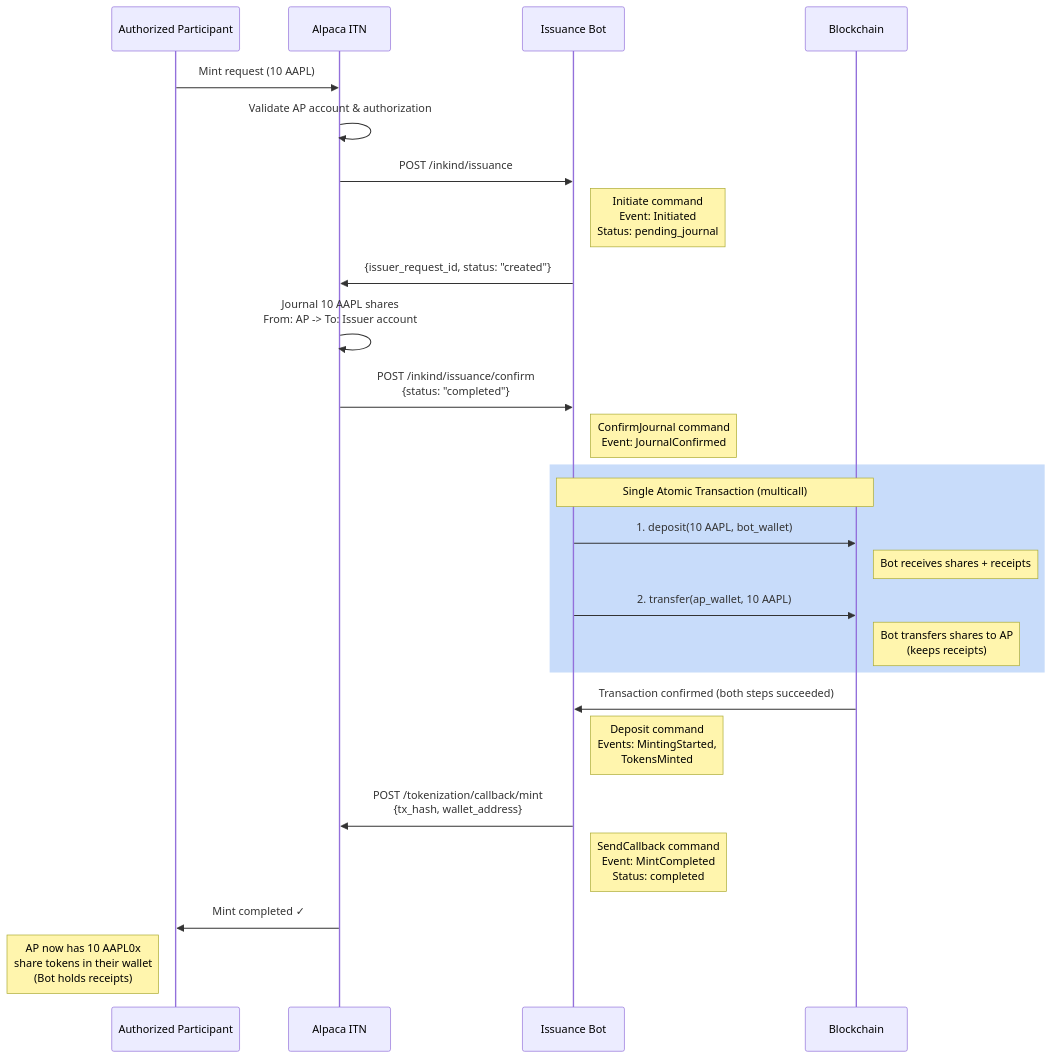
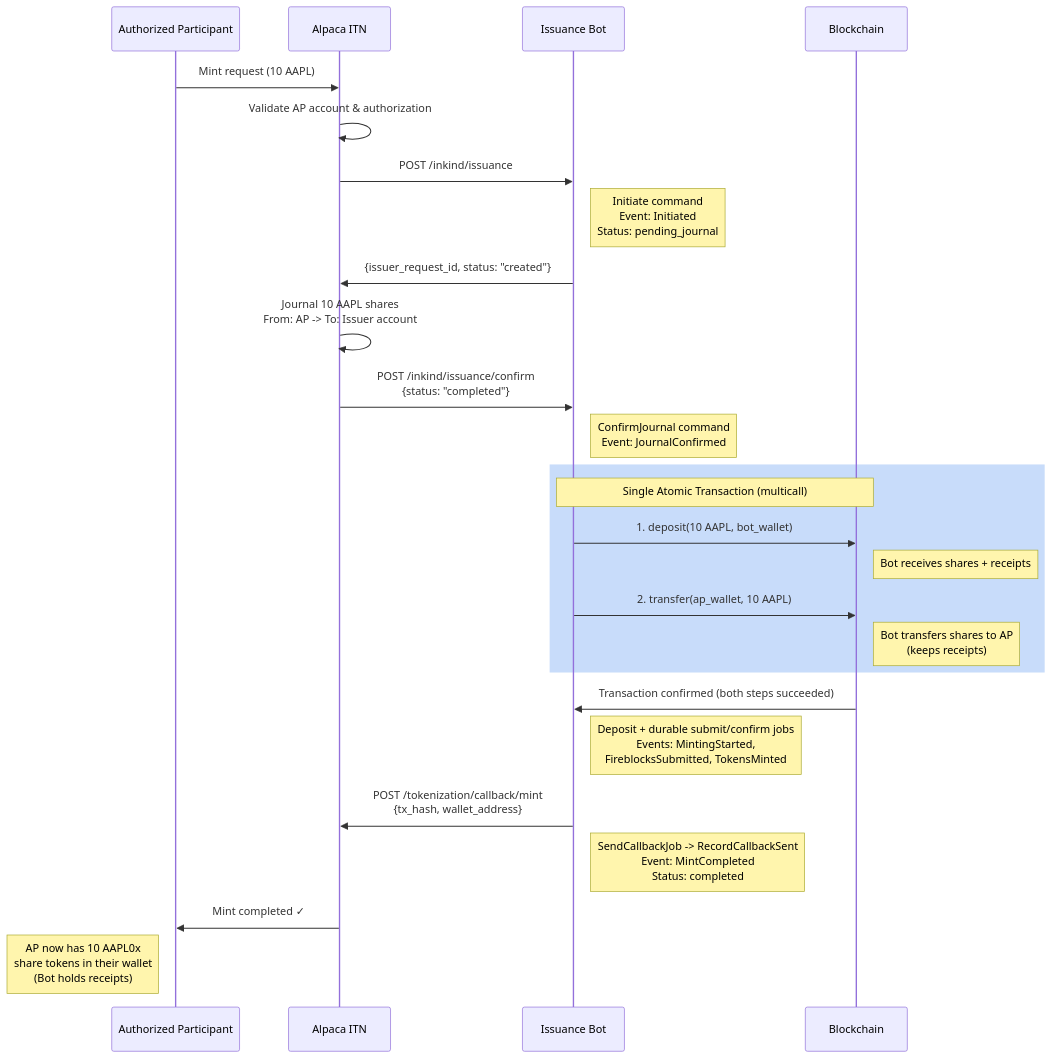
One commit to ST0x-Technology/st0x.issuance changed the third of 7 diagrams in SPEC.md. Above: the diagram before and after it, drawn with Mermaid. The commit also changed other lines of this file, not shown here.

First line of the commit message:
docs: update SPEC.md for the job-based mint flow and recovery

````diff
--- a/SPEC.md
+++ b/SPEC.md
@@ -1046,33 +1037,33 @@
 ```mermaid
 sequenceDiagram
     participant AP as Authorized Participant
     participant Alpaca as Alpaca ITN
     participant Us as Issuance Bot
     participant Blockchain as Blockchain
 
     AP->>Alpaca: Mint request (10 AAPL)
     Alpaca->>Alpaca: Validate AP account & authorization
     Alpaca->>Us: POST /inkind/issuance
     Note right of Us: Initiate command<br/>Event: Initiated<br/>Status: pending_journal
     Us->>Alpaca: {issuer_request_id, status: "created"}
 
     Alpaca->>Alpaca: Journal 10 AAPL shares<br/>From: AP -> To: Issuer account
     Alpaca->>Us: POST /inkind/issuance/confirm<br/>{status: "completed"}
     Note right of Us: ConfirmJournal command<br/>Event: JournalConfirmed
 
     rect rgb(200, 220, 250)
         Note over Us,Blockchain: Single Atomic Transaction (multicall)
         Us->>Blockchain: 1. deposit(10 AAPL, bot_wallet)
         Note right of Blockchain: Bot receives shares + receipts
         Us->>Blockchain: 2. transfer(ap_wallet, 10 AAPL)
         Note right of Blockchain: Bot transfers shares to AP<br/>(keeps receipts)
     end
     Blockchain->>Us: Transaction confirmed (both steps succeeded)
-    Note right of Us: Deposit command<br/>Events: MintingStarted,<br/>TokensMinted
+    Note right of Us: Deposit + durable submit/confirm jobs<br/>Events: MintingStarted,<br/>FireblocksSubmitted, TokensMinted
 
     Us->>Alpaca: POST /tokenization/callback/mint<br/>{tx_hash, wallet_address}
-    Note right of Us: SendCallback command<br/>Event: MintCompleted<br/>Status: completed
+    Note right of Us: SendCallbackJob -> RecordCallbackSent<br/>Event: MintCompleted<br/>Status: completed
 
     Alpaca->>AP: Mint completed ✓
     Note left of AP: AP now has 10 AAPL0x<br/>share tokens in their wallet<br/>(Bot holds receipts)
 ```
````
